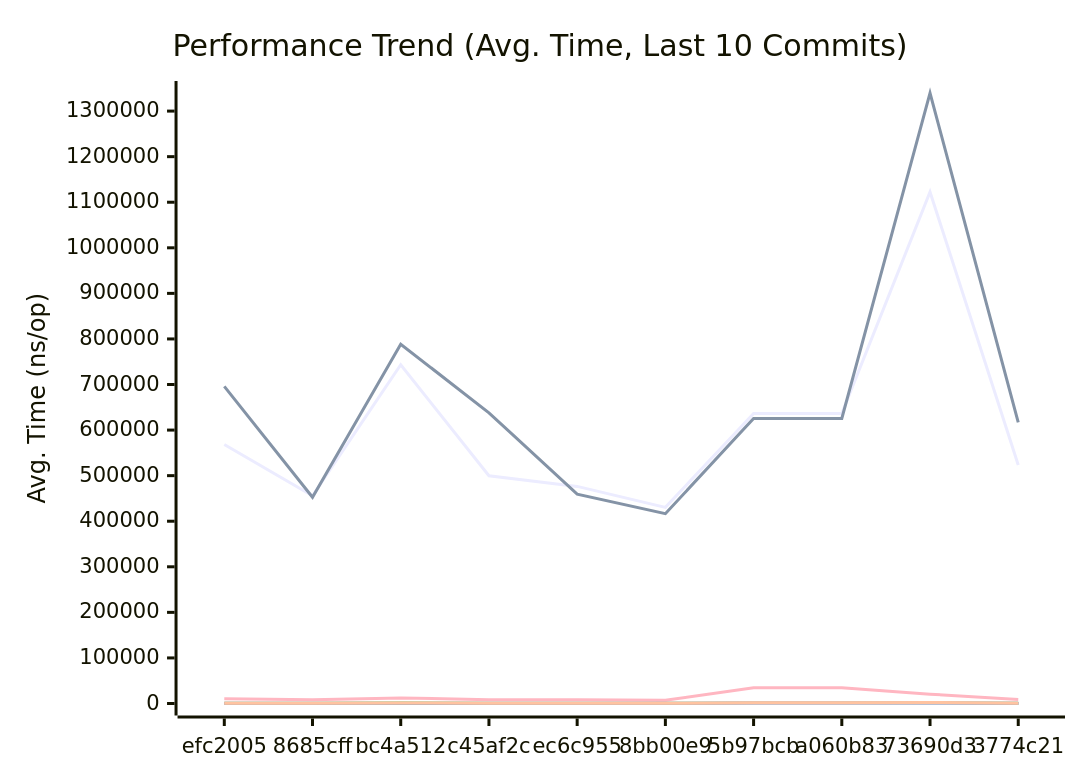
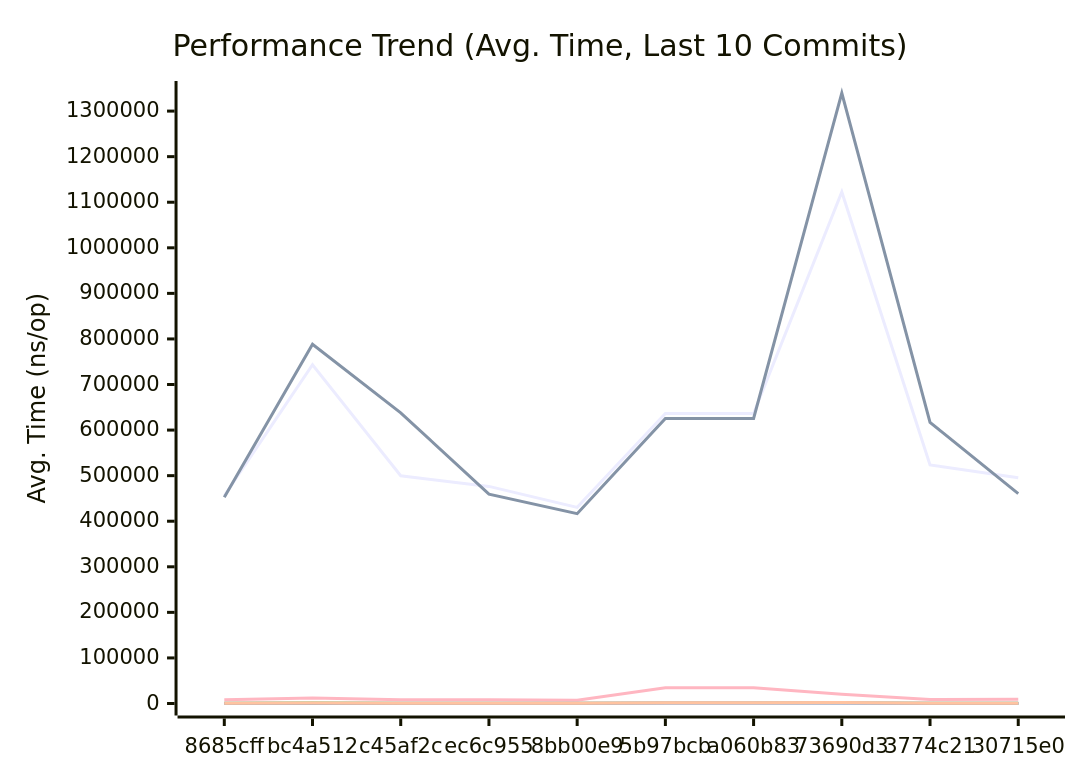
Before and after one commit to alsotoes/momo: the first of 3 diagrams in docs/PERFORMANCE.md, drawn with Mermaid. The commit also changed other lines of this file and 12 other files, not shown here.

````diff
--- a/docs/PERFORMANCE.md
+++ b/docs/PERFORMANCE.md
@@ -146,20 +146,20 @@
 ```mermaid
 xychart-beta
     title "Performance Trend (Avg. Time, Last 10 Commits)"
     x-axis "Commit"
     y-axis "Avg. Time (ns/op)"
-    x-axis [efc2005,8685cff,bc4a512,c45af2c,ec6c955,8bb00e9,5b97bcb,a060b83,73690d3,3774c21]
-    line "AWSChunkedReaderSigned" [568519,455946,743381,499698,476394,430367,636323,636323,1122523,523462]
-    line "AWSChunkedReaderUnsigned" [695863,452536,788330,637971,459420,416513,625607,625607,1339704,616920]
-    line "CheckMetricsAndSwap" [12,8,14,9,8,8,19,19,26,13]
-    line "CrushOptimized" [430,318,551,318,348,309,680,680,668,404]
-    line "CrushOriginal" [762,454,2113,682,547,422,752,752,1263,789]
-    line "IndexDirectTracking" [1,0,1,0,0,0,0,0,1,1]
-    line "IndexSearch" [4,3,4,3,3,3,3,3,4,2]
-    line "LoadGlobalConfig" [10501,8376,12340,8029,8057,7072,34747,34747,20485,8970]
-    line "PadString" [70,48,81,49,48,39,128,128,128,43]
+    x-axis [8685cff,bc4a512,c45af2c,ec6c955,8bb00e9,5b97bcb,a060b83,73690d3,3774c21,30715e0]
+    line "AWSChunkedReaderSigned" [455946,743381,499698,476394,430367,636323,636323,1122523,523462,495636]
+    line "AWSChunkedReaderUnsigned" [452536,788330,637971,459420,416513,625607,625607,1339704,616920,460494]
+    line "CheckMetricsAndSwap" [8,14,9,8,8,19,19,26,13,11]
+    line "CrushOptimized" [318,551,318,348,309,680,680,668,404,465]
+    line "CrushOriginal" [454,2113,682,547,422,752,752,1263,789,466]
+    line "IndexDirectTracking" [0,1,0,0,0,0,0,1,1,0]
+    line "IndexSearch" [3,4,3,3,3,3,3,4,2,3]
+    line "LoadGlobalConfig" [8376,12340,8029,8057,7072,34747,34747,20485,8970,9224]
+    line "PadString" [48,81,49,48,39,128,128,128,43,48]
     line "ParseReplicationOrder_NoPrealloc" [350,349,357,354,345,225,229,165,232,234]
     line "ParseReplicationOrder_Prealloc" [229,231,237,234,229,108,107,80,110,109]
-    line "SanitizeLog/Safe" [554,446,711,548,506,417,827,827,1308,563]
-    line "SanitizeLog/Unsafe" [714,605,1045,670,548,504,1598,1598,2365,598]
+    line "SanitizeLog/Safe" [446,711,548,506,417,827,827,1308,563,313]
+    line "SanitizeLog/Unsafe" [605,1045,670,548,504,1598,1598,2365,598,812]
 ```
````
